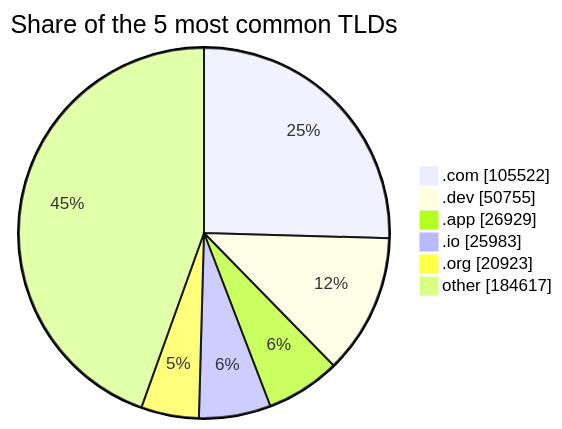
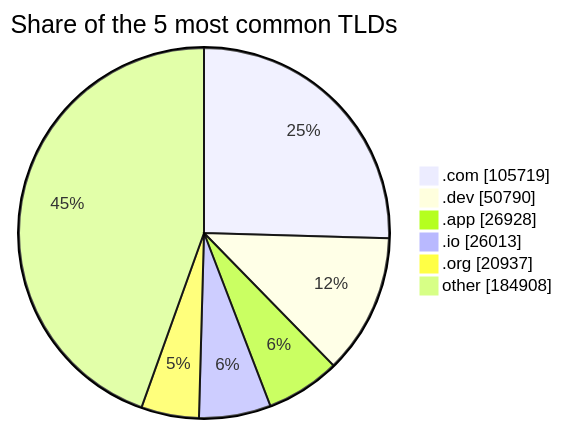
Before and after one commit to DNSBunker/CTI: the third of 3 diagrams in README.md, drawn with Mermaid. The commit also changed other lines of this file and 3 other files, not shown here.

````diff
--- a/README.md
+++ b/README.md
@@ -81,9 +81,9 @@
 ```mermaid
 pie showData title Share of the 5 most common TLDs
-    ".com" : 105522
-    ".dev" : 50755
-    ".app" : 26929
-    ".io" : 25983
-    ".org" : 20923
-    "other" : 184617
+    ".com" : 105719
+    ".dev" : 50790
+    ".app" : 26928
+    ".io" : 26013
+    ".org" : 20937
+    "other" : 184908
 ```
````
